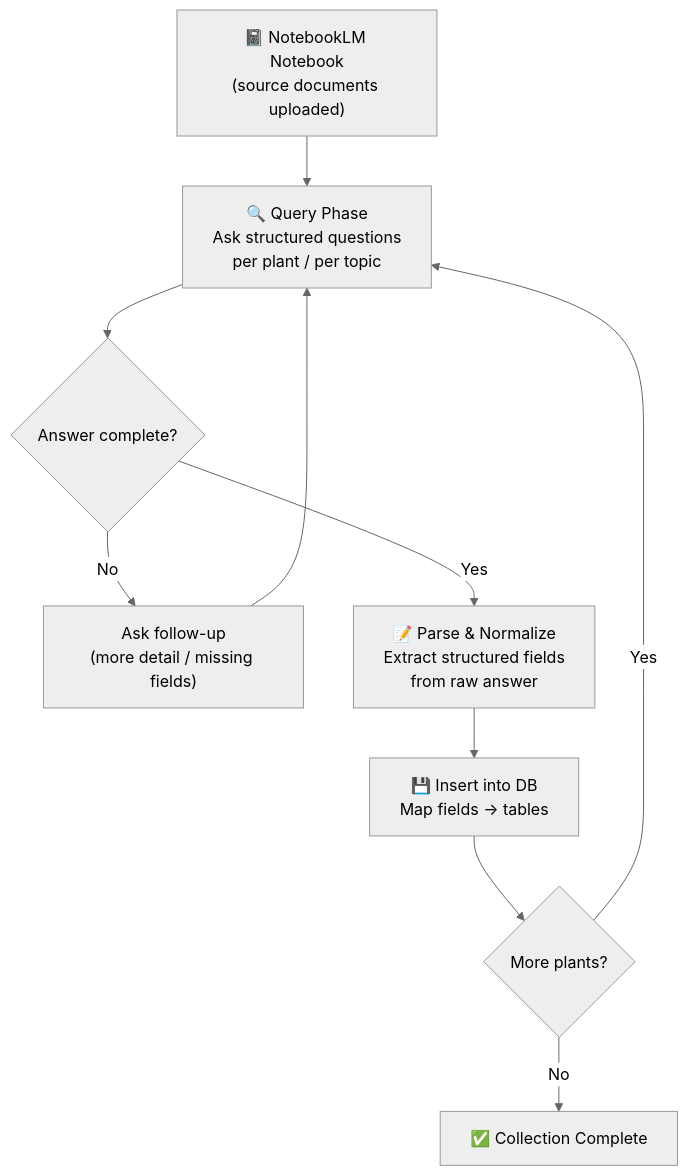
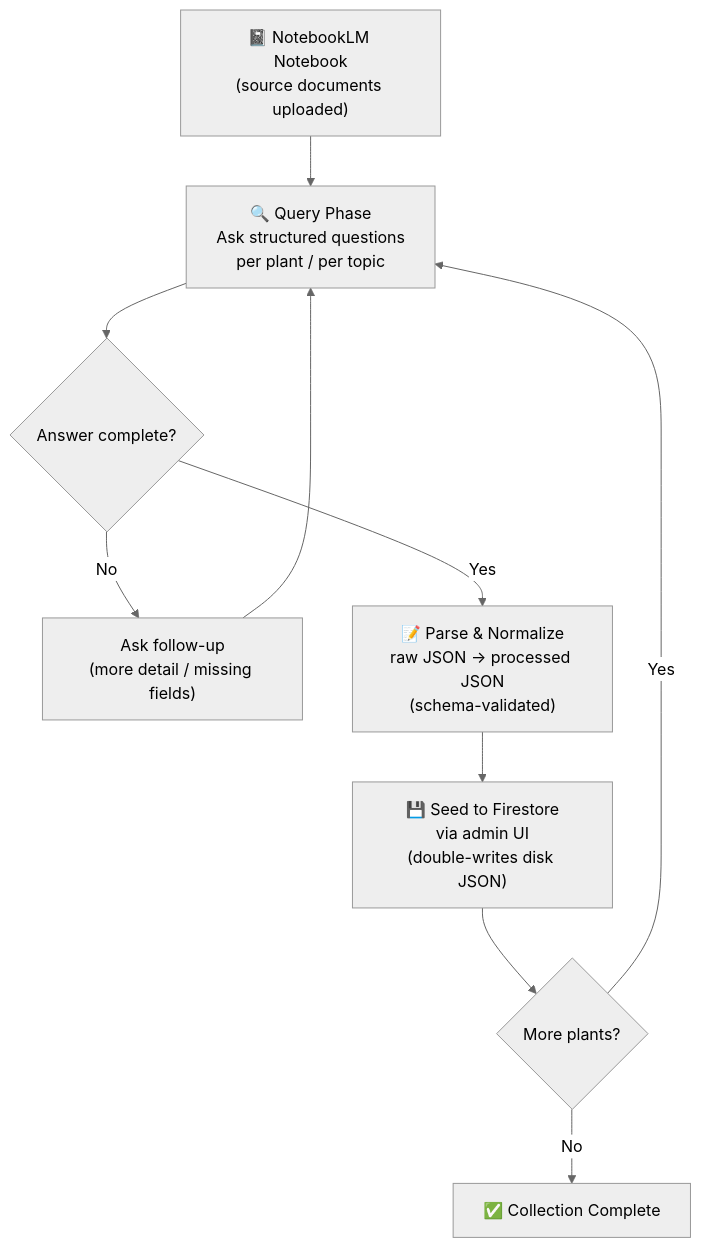
The diagram in docs/DATA_COLLECTION_PIPELINE.md (terrytykuo/cat_toxin_db), drawn with Mermaid (neutral theme) before and after one commit. The commit also changed other lines of this file and 1 other file, not shown here.

First line of the commit message:
docs(pr9): align README and collection pipeline doc with Firestore-first flow

````diff
--- a/docs/DATA_COLLECTION_PIPELINE.md
+++ b/docs/DATA_COLLECTION_PIPELINE.md
@@ -9,12 +9,12 @@
 ```mermaid
 flowchart TD
     A["📓 NotebookLM Notebook\n(source documents uploaded)"] --> B["🔍 Query Phase\nAsk structured questions\nper plant / per topic"]
     B --> C{"Answer complete?"}
     C -- No --> D["Ask follow-up\n(more detail / missing fields)"]
     D --> B
-    C -- Yes --> E["📝 Parse & Normalize\nExtract structured fields\nfrom raw answer"]
-    E --> F["💾 Insert into DB\nMap fields → tables"]
+    C -- Yes --> E["📝 Parse & Normalize\nraw JSON → processed JSON\n(schema-validated)"]
+    E --> F["💾 Seed to Firestore\nvia admin UI\n(double-writes disk JSON)"]
     F --> G{"More plants?"}
     G -- Yes --> B
     G -- No --> H["✅ Collection Complete"]
 ```
````
